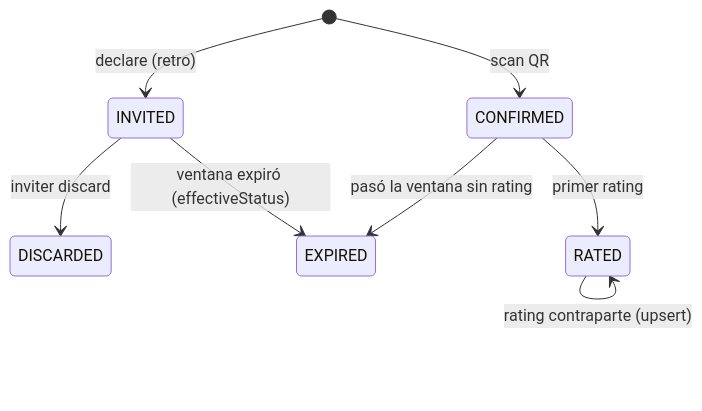
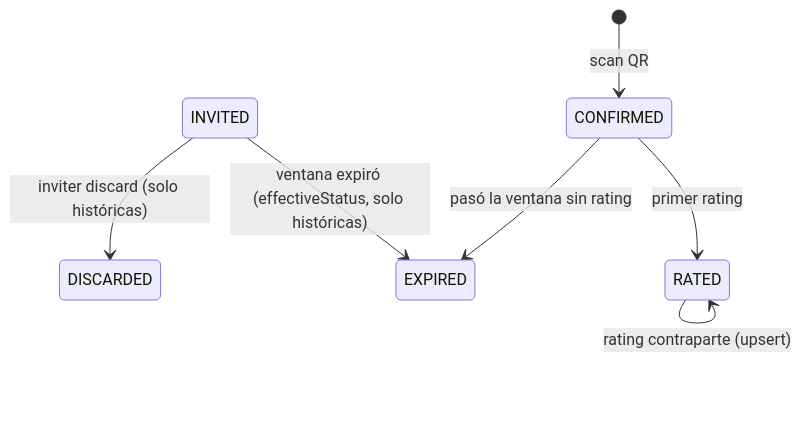
Before and after one commit to EduardoSalasG/omnidance: the third of 31 diagrams in docs/flows.md, drawn with Mermaid. The commit also changed other lines of this file and 9 other files, not shown here.

````diff
--- a/docs/flows.md
+++ b/docs/flows.md
@@ -56,10 +57,9 @@
 ```mermaid
 stateDiagram-v2
     [*] --> CONFIRMED: scan QR
-    [*] --> INVITED: declare (retro)
-    INVITED --> DISCARDED: inviter discard
-    INVITED --> EXPIRED: ventana expiró (effectiveStatus)
+    INVITED --> DISCARDED: inviter discard (solo históricas)
+    INVITED --> EXPIRED: ventana expiró (effectiveStatus, solo históricas)
     CONFIRMED --> RATED: primer rating
     RATED --> RATED: rating contraparte (upsert)
     CONFIRMED --> EXPIRED: pasó la ventana sin rating
 ```
````
